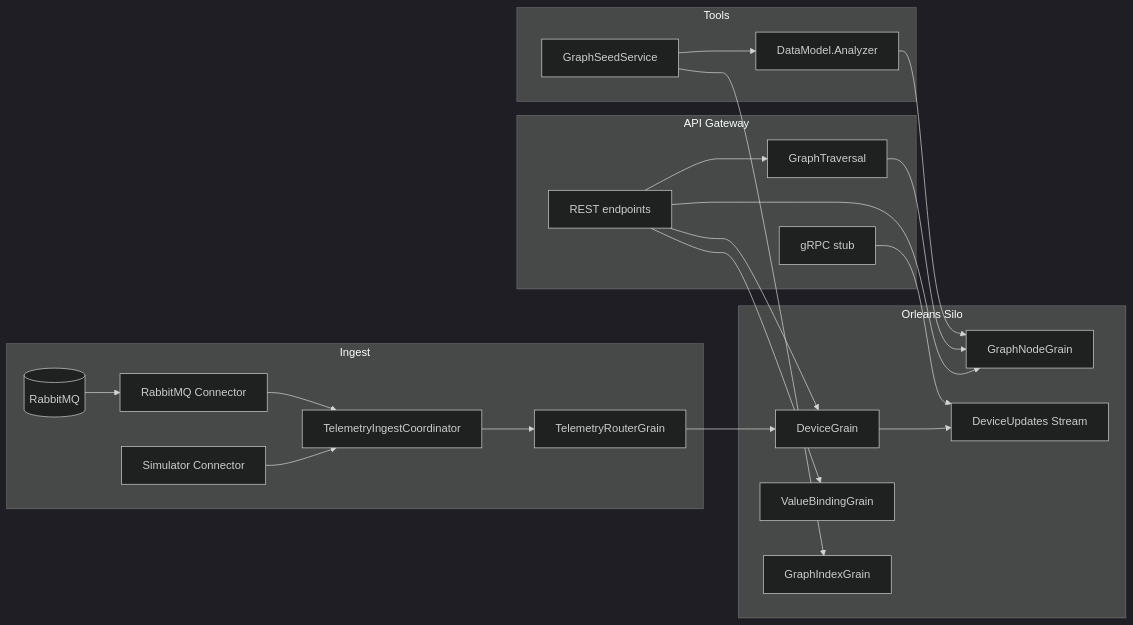
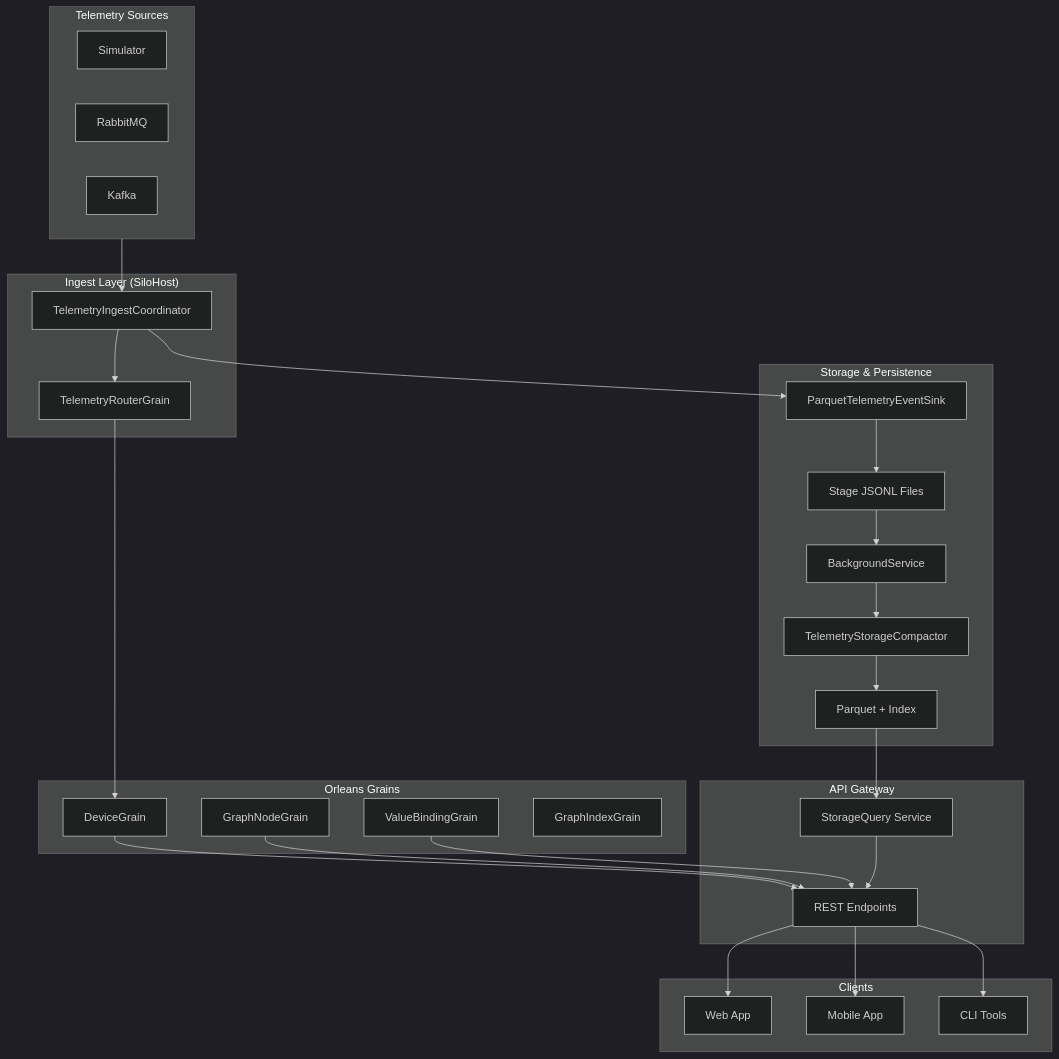
Before and after one commit to takashikasuya/orleans-telemetry-sample: the fourth of 4 diagrams in README.md, drawn with Mermaid (dark theme). The commit also changed other lines of this file and 5 other files, not shown here.

First line of the commit message:
Add Load Test Project for Telemetry Ingest

````diff
--- a/README.md
+++ b/README.md
@@ -400,37 +422,58 @@
 ```mermaid
-flowchart LR
-    subgraph Ingest
-        IngestSvc[TelemetryIngestCoordinator]
-        Sim[Simulator Connector]
-        MQ[(RabbitMQ)]
-        RMQ[RabbitMQ Connector]
-        RouterGrain[TelemetryRouterGrain]
+flowchart TB
+    subgraph Sources["Telemetry Sources"]
+        Sim[Simulator]
+        RMQ[RabbitMQ]
+        Kafka[Kafka]
     end
-    subgraph Orleans["Orleans Silo"]
+
+    subgraph Ingest["Ingest Layer (SiloHost)"]
+        Coord[TelemetryIngestCoordinator]
+        Router[TelemetryRouterGrain]
+    end
+
+    subgraph Storage["Storage & Persistence"]
+        Sink[ParquetTelemetryEventSink]
+        StageFiles[Stage JSONL Files]
+        BG[BackgroundService]
+        Compactor[TelemetryStorageCompactor]
+        ParquetFiles[Parquet + Index]
+    end
+
+    subgraph Grains["Orleans Grains"]
         DevGrain[DeviceGrain]
         NodeGrain[GraphNodeGrain]
         ValGrain[ValueBindingGrain]
         IndexGrain[GraphIndexGrain]
-        Stream[DeviceUpdates Stream]
-    end
-    subgraph API["API Gateway"]
-        RestApi[REST endpoints]
-        GrpcApi[gRPC stub]
-        Traversal[GraphTraversal]
-    end
-    subgraph Tools
-        SeedSvc[GraphSeedService]
-        Analyzer[DataModel.Analyzer]
     end
 
-    Sim --> IngestSvc --> RouterGrain --> DevGrain --> Stream
-    MQ --> RMQ --> IngestSvc
-    RestApi --> DevGrain
-    RestApi --> NodeGrain
-    RestApi --> ValGrain
-    RestApi --> Traversal
-    Traversal --> NodeGrain
-    GrpcApi --> Stream
-    SeedSvc --> Analyzer --> NodeGrain
-    SeedSvc --> IndexGrain
+    subgraph API["API Gateway"]
+        REST[REST Endpoints]
+        Query[StorageQuery Service]
+    end
+
+    subgraph Clients["Clients"]
+        Web[Web App]
+        Mobile[Mobile App]
+        Tools[CLI Tools]
+    end
+
+    Sources --> Coord
+    Coord --> Router
+    Router --> DevGrain
+    Coord --> Sink
+    Sink --> StageFiles
+    StageFiles --> BG
+    BG --> Compactor
+    Compactor --> ParquetFiles
+
+    DevGrain --> REST
+    NodeGrain --> REST
+    ValGrain --> REST
+    ParquetFiles --> Query
+    Query --> REST
+
+    REST --> Web
+    REST --> Mobile
+    REST --> Tools
 ```
````
